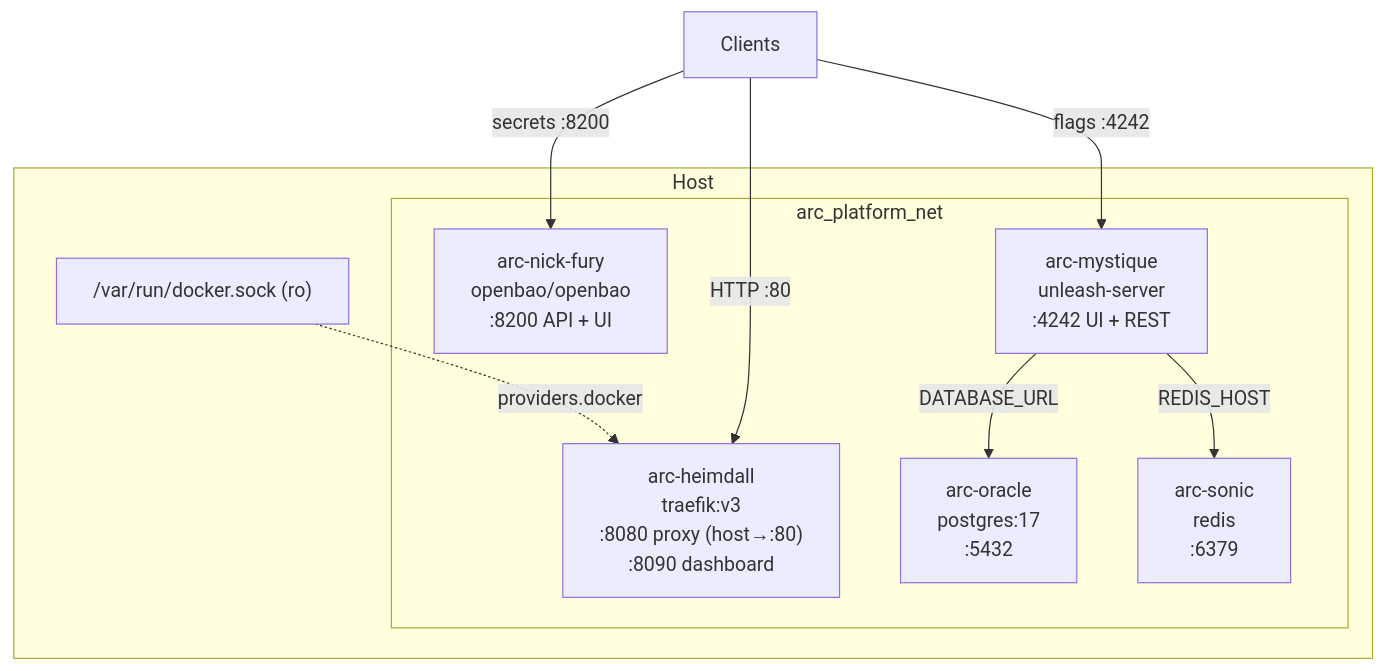
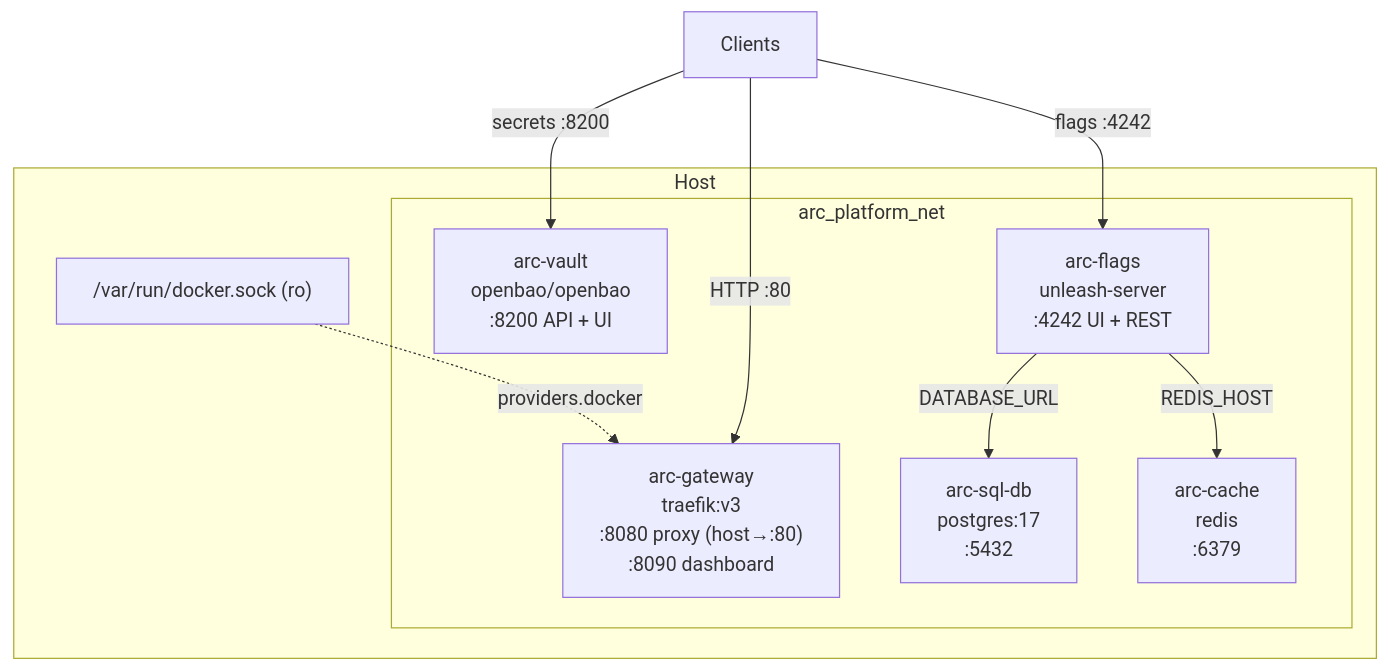
One commit to arc-framework/arc-platform changed the first of 4 diagrams in specs/006-platform-control/plan.md. Above: the diagram before and after it, drawn with Mermaid. The commit also changed other lines of this file and 34 other files, not shown here.

````diff
--- a/specs/006-platform-control/plan.md
+++ b/specs/006-platform-control/plan.md
@@ -38,20 +38,20 @@
 ```mermaid
 graph TB
     subgraph Host
         subgraph arc_platform_net
-            heimdall["arc-heimdall\ntraefik:v3\n:8080 proxy (host→:80)\n:8090 dashboard"]
-            fury["arc-nick-fury\nopenbao/openbao\n:8200 API + UI"]
-            mystique["arc-mystique\nunleash-server\n:4242 UI + REST"]
-            oracle["arc-oracle\npostgres:17\n:5432"]
-            sonic["arc-sonic\nredis\n:6379"]
+            heimdall["arc-gateway\ntraefik:v3\n:8080 proxy (host→:80)\n:8090 dashboard"]
+            fury["arc-vault\nopenbao/openbao\n:8200 API + UI"]
+            mystique["arc-flags\nunleash-server\n:4242 UI + REST"]
+            oracle["arc-sql-db\npostgres:17\n:5432"]
+            sonic["arc-cache\nredis\n:6379"]
         end
         dockersock["/var/run/docker.sock (ro)"]
     end
 
     dockersock -.->|providers.docker| heimdall
     mystique -->|DATABASE_URL| oracle
     mystique -->|REDIS_HOST| sonic
     apps["Clients"] -->|HTTP :80| heimdall
     apps -->|secrets :8200| fury
     apps -->|flags :4242| mystique
 ```
````
